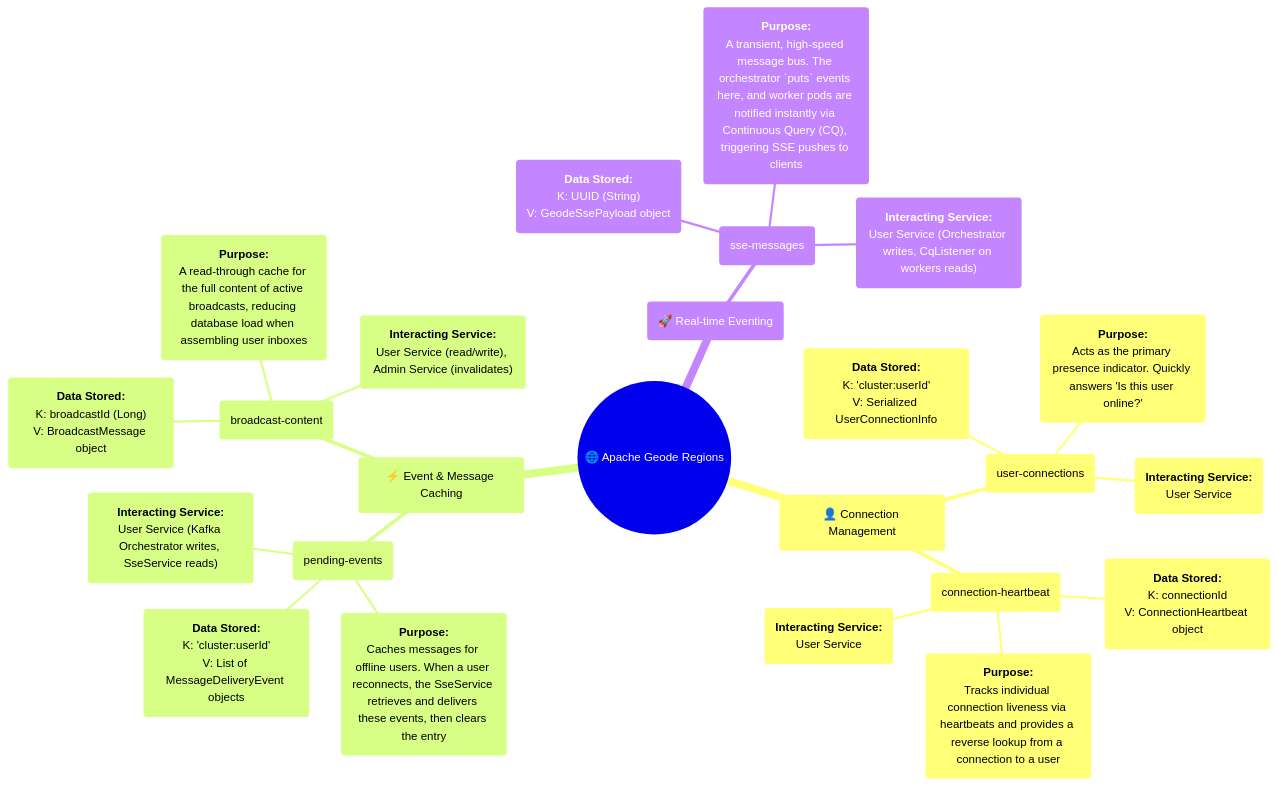
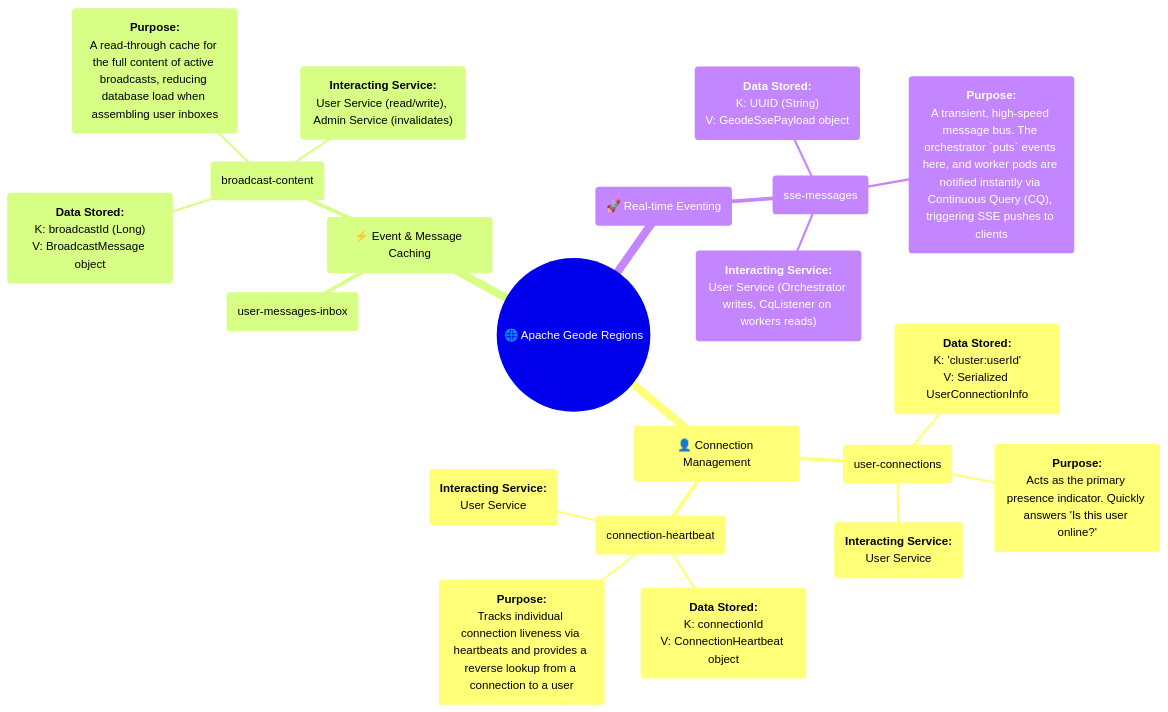
The diagram in MermaidDiagrams/mindmap-geode-regions.mmd (rsrini7/Notification-SSE-GLM-Flux), drawn with Mermaid before and after one commit. The commit also changed 15 other files, not shown here.

First line of the commit message:
refactor(message-delivery): remove pending-events region and related functionality

```diff
--- a/MermaidDiagrams/mindmap-geode-regions.mmd
+++ b/MermaidDiagrams/mindmap-geode-regions.mmd
@@ -1,30 +1,28 @@
 mindmap
   root(("🌐 Apache Geode Regions"))
     %% Connection & Presence Management
     ("👤 Connection Management")
       ("user-connections")
         ("<b>Data Stored:</b><br/>K: 'cluster:userId'<br/>V: Serialized UserConnectionInfo")
         ("<b>Purpose:</b><br/>Acts as the primary presence indicator. Quickly answers 'Is this user online?'")
         ("<b>Interacting Service:</b><br/>User Service")
       ("connection-heartbeat")
         ("<b>Data Stored:</b><br/>K: connectionId<br/>V: ConnectionHeartbeat object")
         ("<b>Purpose:</b><br/>Tracks individual connection liveness via heartbeats and provides a reverse lookup from a connection to a user")
         ("<b>Interacting Service:</b><br/>User Service")
 
     %% Event & Message Caching
     ("⚡ Event & Message Caching")
-      ("pending-events")
-        ("<b>Data Stored:</b><br/>K: 'cluster:userId'<br/>V: List of MessageDeliveryEvent objects")
-        ("<b>Purpose:</b><br/>Caches messages for offline users. When a user reconnects, the SseService retrieves and delivers these events, then clears the entry")
-        ("<b>Interacting Service:</b><br/>User Service (Kafka Orchestrator writes, SseService reads)")
+      ("user-messages-inbox")
+
       ("broadcast-content")
         ("<b>Data Stored:</b><br/>K: broadcastId (Long)<br/>V: BroadcastMessage object")
         ("<b>Purpose:</b><br/>A read-through cache for the full content of active broadcasts, reducing database load when assembling user inboxes")
         ("<b>Interacting Service:</b><br/>User Service (read/write), Admin Service (invalidates)")
 
     %% Intra-Cluster Eventing
     ("🚀 Real-time Eventing")
       ("sse-messages")
         ("<b>Data Stored:</b><br/>K: UUID (String)<br/>V: GeodeSsePayload object")
         ("<b>Purpose:</b><br/>A transient, high-speed message bus. The orchestrator `puts` events here, and worker pods are notified instantly via Continuous Query (CQ), triggering SSE pushes to clients")
         ("<b>Interacting Service:</b><br/>User Service (Orchestrator writes, CqListener on workers reads)")
```
